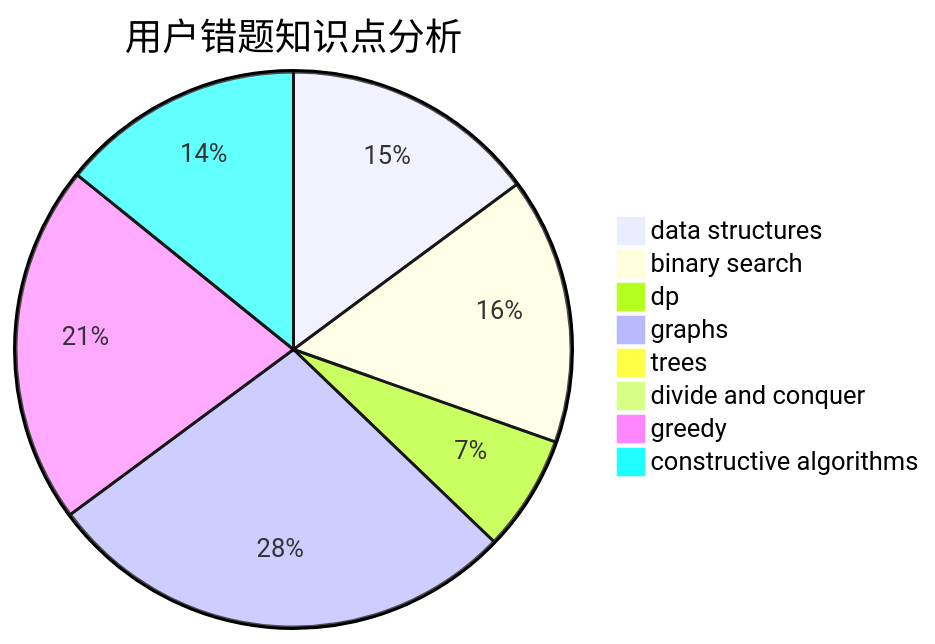
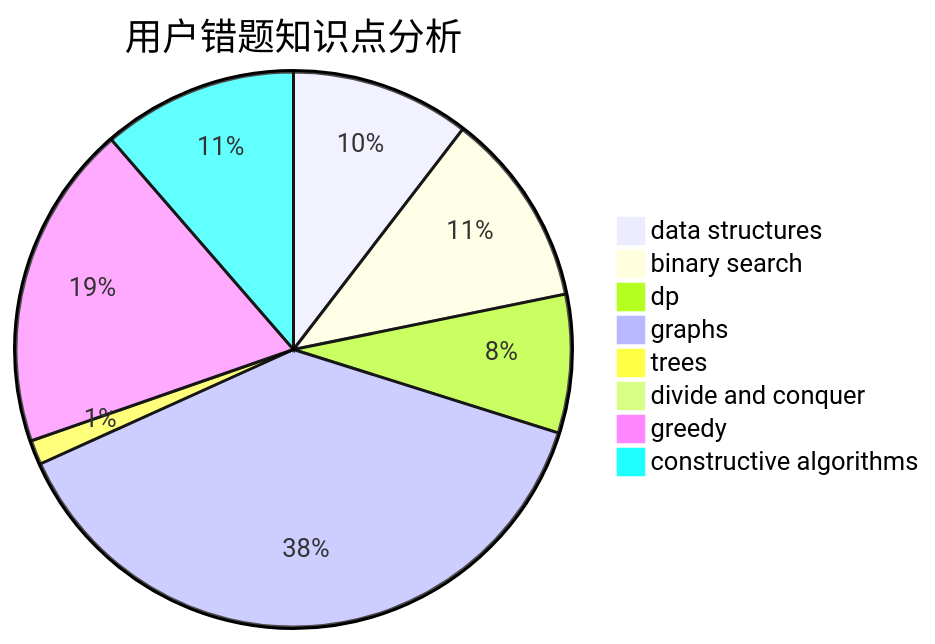
The third of 3 diagrams in docs/user/u2573.md (sherpahu/cfrs.github.io), drawn with Mermaid before and after one commit. The commit also changed other lines of this file and 2770 other files, not shown here.

````diff
--- a/docs/user/u2573.md
+++ b/docs/user/u2573.md
@@ -36,11 +36,11 @@
 ```mermaid
 pie title 用户错题知识点分析
     "data structures" :  22
-    "binary search" :  23
-    "dp" :  10
-    "graphs" :  41
-    "trees" :  0
+    "binary search" :  24
+    "dp" :  17
+    "graphs" :  81
+    "trees" :  3
     "divide and conquer" :  0
-    "greedy" :  31
-    "constructive algorithms" :  21
+    "greedy" :  40
+    "constructive algorithms" :  24
 ```
````
